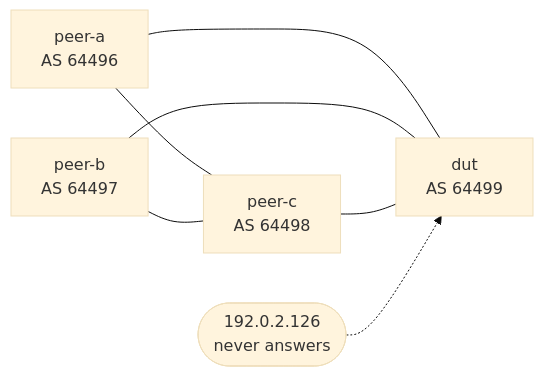
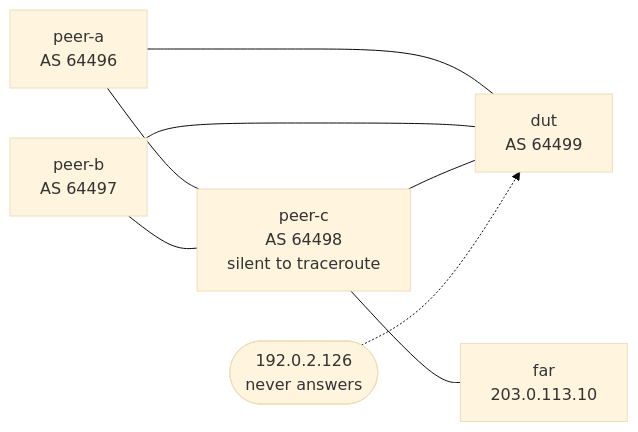
Before and after one commit to andrediashexa/NOGGlass: the diagram in lab/README.md, drawn with Mermaid (base theme). The commit also changed other lines of this file and 9 other files, not shown here.

````diff
--- a/lab/README.md
+++ b/lab/README.md
@@ -28,9 +28,10 @@
 ```mermaid
 flowchart LR
     peera["peer-a<br/>AS 64496"] --- dut["dut<br/>AS 64499"]
     peerb["peer-b<br/>AS 64497"] --- dut
-    peerc["peer-c<br/>AS 64498"] --- dut
+    peerc["peer-c<br/>AS 64498<br/>silent to traceroute"] --- dut
     peera --- peerc
     peerb --- peerc
+    peerc --- far["far<br/>203.0.113.10"]
     dead(["192.0.2.126<br/>never answers"]) -.-> dut
 ```
````
